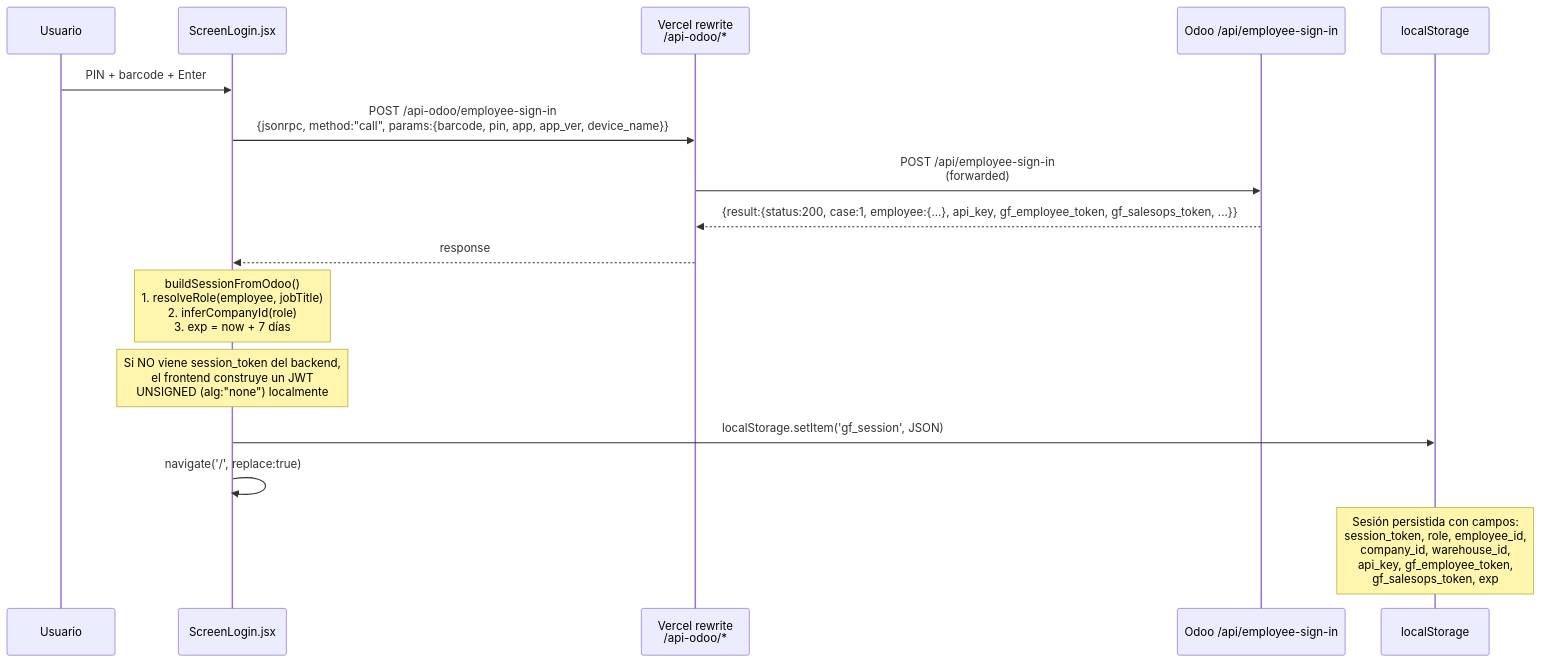
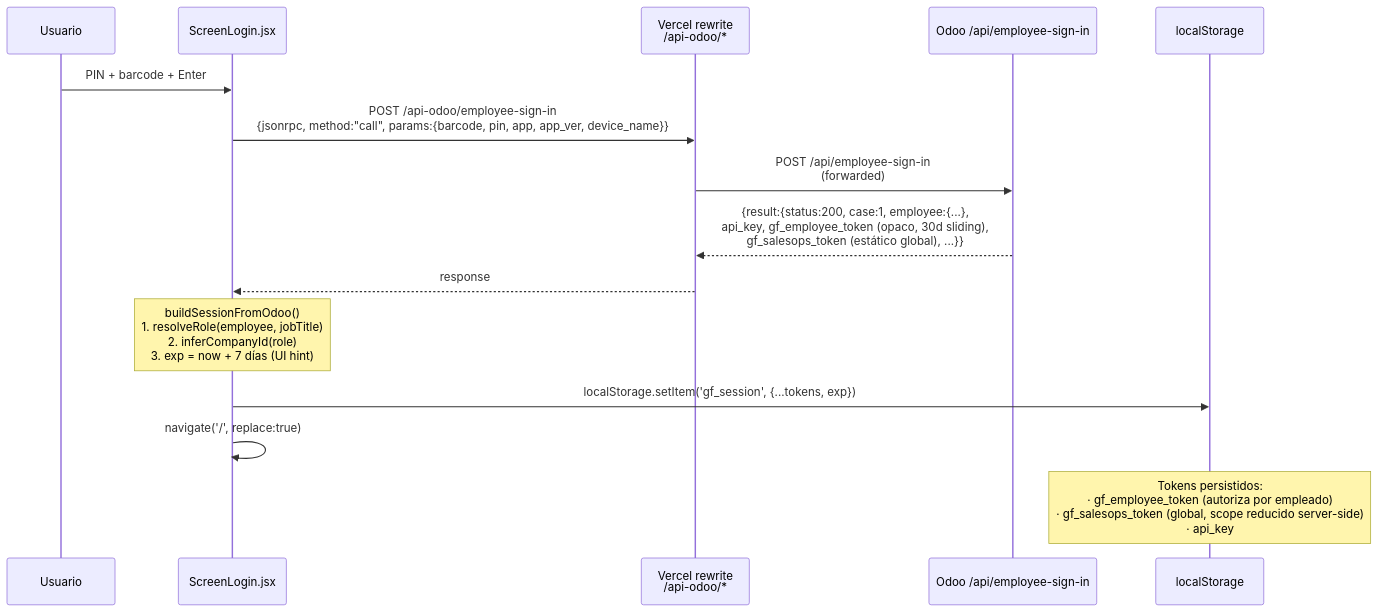
Before and after one commit to sebascm0906/colaboradores-pwa: the third of 5 diagrams in docs/CODE_MANUAL.md, drawn with Mermaid. The commit also changed other lines of this file and 1 other file, not shown here.

````diff
--- a/docs/CODE_MANUAL.md
+++ b/docs/CODE_MANUAL.md
@@ -204,20 +214,19 @@
 ```mermaid
 sequenceDiagram
   participant U as Usuario
   participant L as ScreenLogin.jsx
   participant V as Vercel rewrite<br/>/api-odoo/*
   participant O as Odoo /api/employee-sign-in
   participant LS as localStorage
 
   U->>L: PIN + barcode + Enter
   L->>V: POST /api-odoo/employee-sign-in<br/>{jsonrpc, method:"call", params:{barcode, pin, app, app_ver, device_name}}
   V->>O: POST /api/employee-sign-in<br/>(forwarded)
-  O-->>V: {result:{status:200, case:1, employee:{...}, api_key, gf_employee_token, gf_salesops_token, ...}}
+  O-->>V: {result:{status:200, case:1, employee:{...},<br/>api_key, gf_employee_token (opaco, 30d sliding),<br/>gf_salesops_token (estático global), ...}}
   V-->>L: response
-  Note over L: buildSessionFromOdoo()<br/>1. resolveRole(employee, jobTitle)<br/>2. inferCompanyId(role)<br/>3. exp = now + 7 días
-  Note over L: Si NO viene session_token del backend,<br/>el frontend construye un JWT<br/>UNSIGNED (alg:"none") localmente
-  L->>LS: localStorage.setItem('gf_session', JSON)
+  Note over L: buildSessionFromOdoo()<br/>1. resolveRole(employee, jobTitle)<br/>2. inferCompanyId(role)<br/>3. exp = now + 7 días (UI hint)
+  L->>LS: localStorage.setItem('gf_session', {...tokens, exp})
   L->>L: navigate('/', replace:true)
 
-  Note over LS: Sesión persistida con campos:<br/>session_token, role, employee_id,<br/>company_id, warehouse_id,<br/>api_key, gf_employee_token,<br/>gf_salesops_token, exp
+  Note over LS: Tokens persistidos:<br/>· gf_employee_token (autoriza por empleado)<br/>· gf_salesops_token (global, scope reducido server-side)<br/>· api_key
 ```
````
